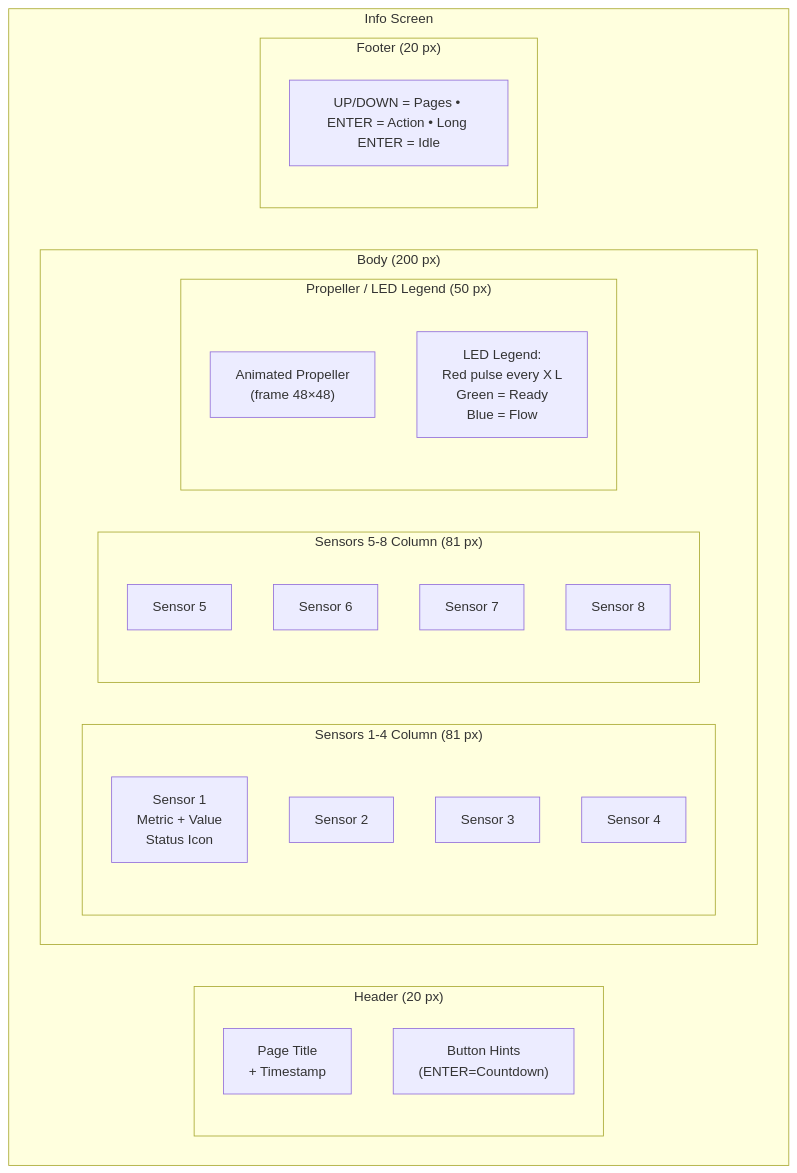
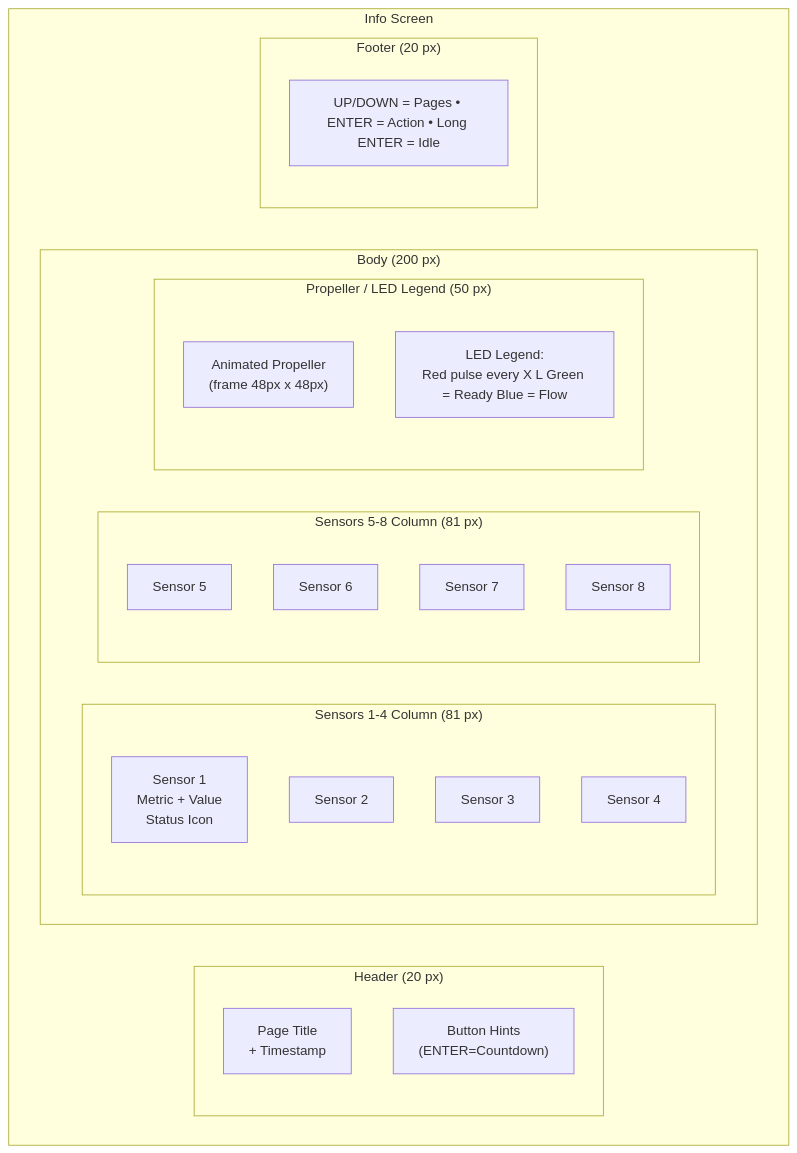
The diagram in docs/diagrams/ui_info_layout.mermaid (ciberkids/water-flow-meter-StampPLC), drawn with Mermaid before and after one commit. The commit also changed 170 other files, not shown here.

```diff
--- a/docs/diagrams/ui_info_layout.mermaid
+++ b/docs/diagrams/ui_info_layout.mermaid
@@ -1,33 +1,33 @@
 %% Info Mode Layout (135 × 240 px)
 flowchart TB
     subgraph Info_Screen["Info Screen"]
         direction LR
         subgraph Header["Header (20 px)"]
             title["Page Title\n+ Timestamp"]
             legend["Button Hints\n(ENTER=Countdown)"]
         end
 
         subgraph Body["Body (200 px)"]
             direction LR
             subgraph Sensors_Left["Sensors 1-4 Column (81 px)"]
                 s1["Sensor 1\nMetric + Value\nStatus Icon"]
                 s2["Sensor 2"]
                 s3["Sensor 3"]
                 s4["Sensor 4"]
             end
             subgraph Sensors_Right["Sensors 5-8 Column (81 px)"]
                 s5["Sensor 5"]
                 s6["Sensor 6"]
                 s7["Sensor 7"]
                 s8["Sensor 8"]
             end
             subgraph Propeller["Propeller / LED Legend (50 px)"]
-                propeller["Animated Propeller\n(frame 48×48)"]
-                ledinfo["LED Legend:\nRed pulse every X L\nGreen = Ready\nBlue = Flow"]
+                propeller["Animated Propeller\n(frame 48px x 48px)"]
+                ledinfo["LED Legend:\nRed pulse every X L Green = Ready Blue = Flow"]
             end
         end
 
         subgraph Footer["Footer (20 px)"]
             buttons["UP/DOWN = Pages • ENTER = Action • Long ENTER = Idle"]
         end
     end
```
